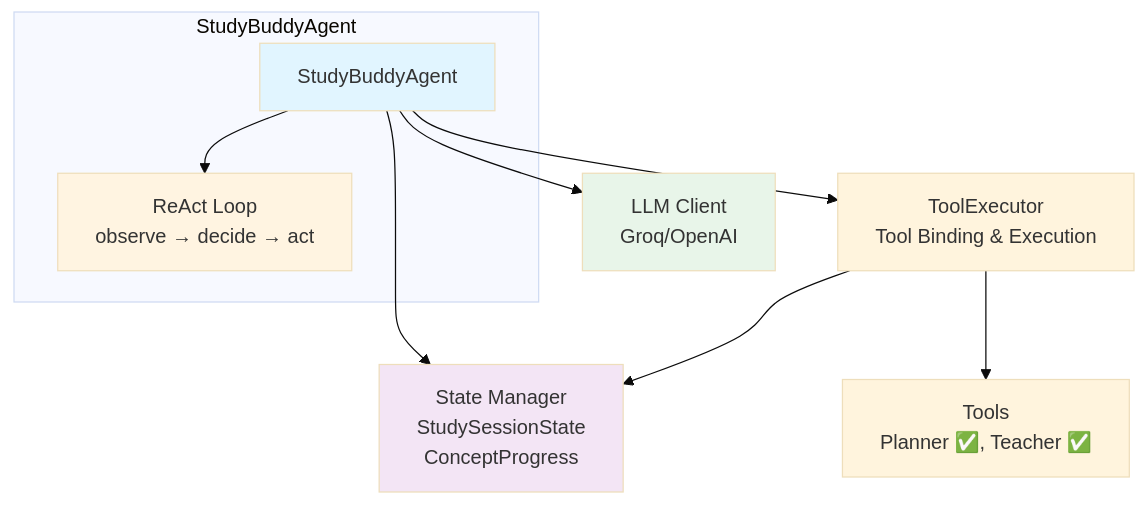
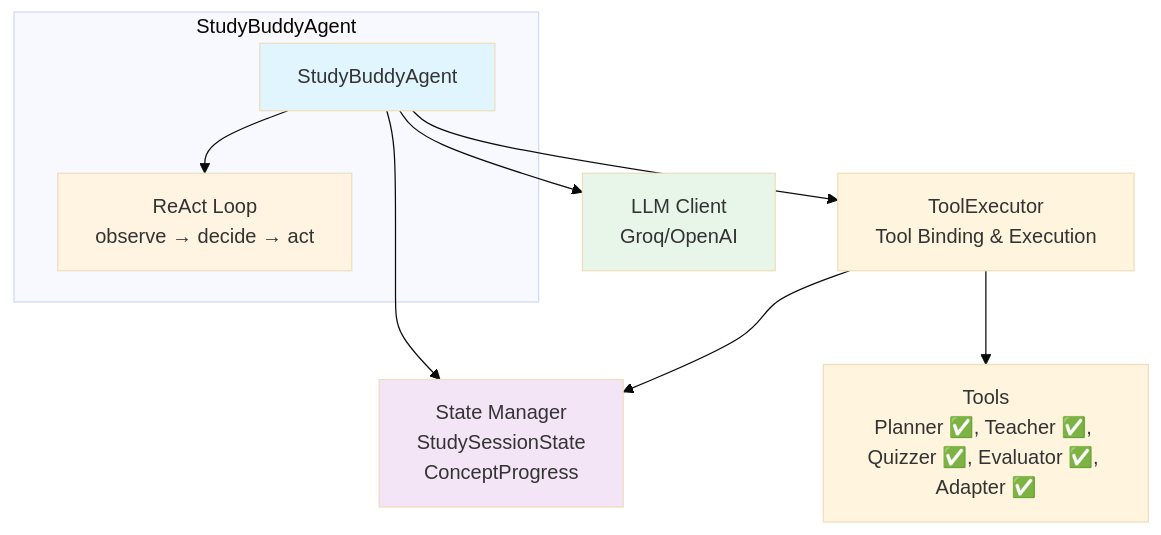
One commit to ebinzacharias/ez-agentic-study-buddy changed the first of 2 diagrams in README.md. Above: the diagram before and after it, drawn with Mermaid (base theme). The commit also changed other lines of this file and 1 other file, not shown here.

````diff
--- a/README.md
+++ b/README.md
@@ -18,24 +18,24 @@
 ```mermaid
 graph TB
     subgraph "StudyBuddyAgent"
         Agent[StudyBuddyAgent]
         ReAct[ReAct Loop<br/>observe → decide → act]
         Agent --> ReAct
     end
     
     LLM[LLM Client<br/>Groq/OpenAI]
     State[State Manager<br/>StudySessionState<br/>ConceptProgress]
     ToolExec[ToolExecutor<br/>Tool Binding & Execution]
-    Tools[Tools<br/>Planner ✅, Teacher ✅]
+    Tools[Tools<br/>Planner ✅, Teacher ✅, Quizzer ✅, Evaluator ✅, Adapter ✅]
     
     Agent --> LLM
     Agent --> State
     Agent --> ToolExec
     ToolExec --> Tools
     ToolExec --> State
     
     style Agent fill:#e1f5ff
     style ReAct fill:#fff4e1
     style LLM fill:#e8f5e9
     style State fill:#f3e5f5
 ```
````
